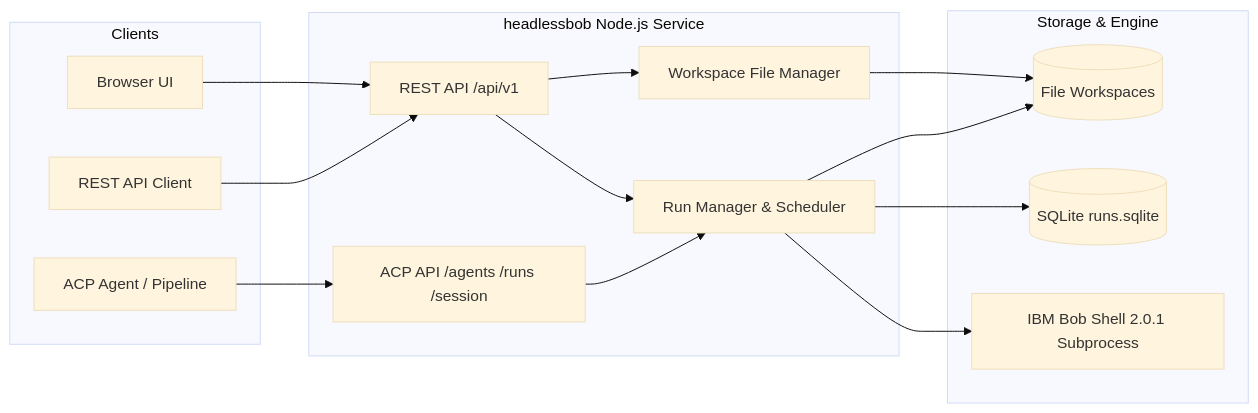
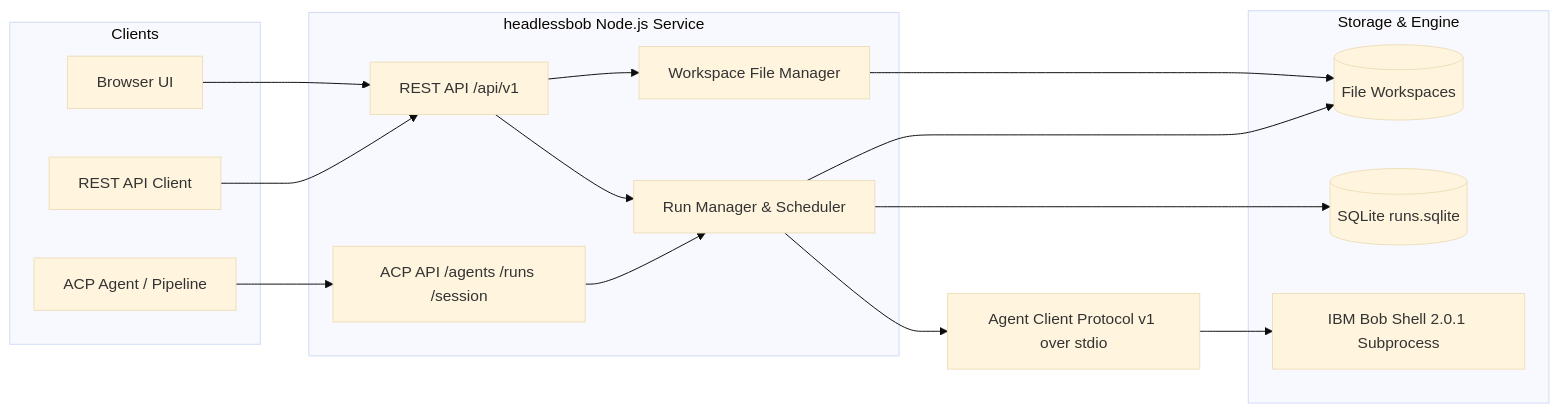
Before and after one commit to ibm-self-serve-assets/building-blocks: the diagram in ai/ai-engineering/headless-bob/assets/headlessbob/README.md, drawn with Mermaid (base theme). The commit also changed other lines of this file and 12 other files, not shown here.

Commit message:
feat(headless-bob): use Agent Client Protocol for REST and partner APIs

````diff
--- a/ai/ai-engineering/headless-bob/assets/headlessbob/README.md
+++ b/ai/ai-engineering/headless-bob/assets/headlessbob/README.md
@@ -11,32 +15,33 @@
 ```mermaid
 flowchart LR
     subgraph Clients
         UI[Browser UI]
         RESTClient[REST API Client]
         ACPClient[ACP Agent / Pipeline]
     end
 
     subgraph Service[headlessbob Node.js Service]
         REST[REST API /api/v1]
         ACP[ACP API /agents /runs /session]
         Manager[Run Manager & Scheduler]
         Files[Workspace File Manager]
     end
 
     subgraph Storage & Engine
         Store[(SQLite runs.sqlite)]
         Workspaces[(File Workspaces)]
         Bob[IBM Bob Shell 2.0.1 Subprocess]
     end
 
     UI --> REST
     RESTClient --> REST
     ACPClient --> ACP
     REST --> Manager
     ACP --> Manager
     REST --> Files
-    Manager --> Bob
+    Manager --> ClientProtocol[Agent Client Protocol v1 over stdio]
+    ClientProtocol --> Bob
     Manager --> Store
     Manager --> Workspaces
     Files --> Workspaces
 ```
````
